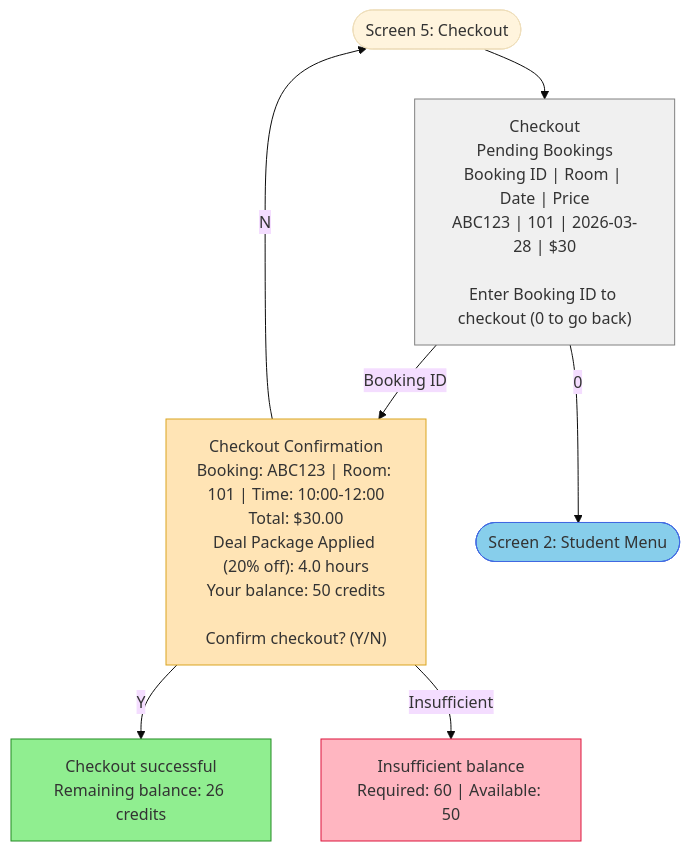
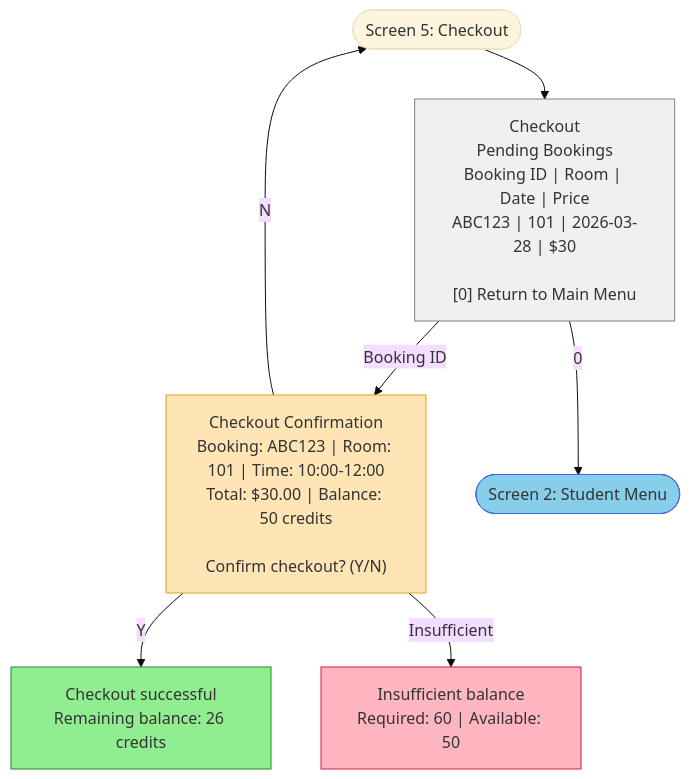
The diagram in mermaid/member_a/05_checkout.flowchart.mmd (alii0110-monash/fit5136-study-room-booking), drawn with Mermaid (base theme) before and after one commit. The commit also changed 5998 other files, not shown here.

First line of the commit message:
Fix Mermaid content formatting - cleaner line breaks

```diff
--- a/mermaid/member_a/05_checkout.flowchart.mmd
+++ b/mermaid/member_a/05_checkout.flowchart.mmd
@@ -1,20 +1,20 @@
 flowchart TB
     CHECKOUT(["Screen 5: Checkout"])
-    C1["Checkout<br>Pending Bookings<br>Booking ID | Room | Date | Price<br>ABC123 | 101 | 2026-03-28 | $30<br><br>Enter Booking ID to checkout (0 to go back)"]
-    C2["Checkout Confirmation<br>Booking: ABC123 | Room: 101 | Time: 10:00-12:00<br>Total: $30.00<br>Deal Package Applied (20% off): 4.0 hours<br>Your balance: 50 credits<br><br>Confirm checkout? (Y/N)"]
+    C1["Checkout<br>Pending Bookings<br>Booking ID | Room | Date | Price<br>ABC123 | 101 | 2026-03-28 | $30<br><br>[0] Return to Main Menu"]
+    C2["Checkout Confirmation<br>Booking: ABC123 | Room: 101 | Time: 10:00-12:00<br>Total: $30.00 | Balance: 50 credits<br><br>Confirm checkout? (Y/N)"]
     C3["Checkout successful<br>Remaining balance: 26 credits"]
     C4["Insufficient balance<br>Required: 60 | Available: 50"]
     STUDENT_MENU(["Screen 2: Student Menu"])
 
     CHECKOUT --> C1
     C1 -->|"Booking ID"| C2
     C1 -->|"0"| STUDENT_MENU
     C2 -->|"Y"| C3
     C2 -->|"N"| CHECKOUT
     C2 -->|"Insufficient"| C4
 
     style C1 fill:#F0F0F0,stroke:#808080
     style C2 fill:#FFE4B5,stroke:#DAA520
     style C3 fill:#90EE90,stroke:#228B22
     style C4 fill:#FFB6C1,stroke:#DC143C
     style STUDENT_MENU fill:#87CEEB,stroke:#4169E1
```
